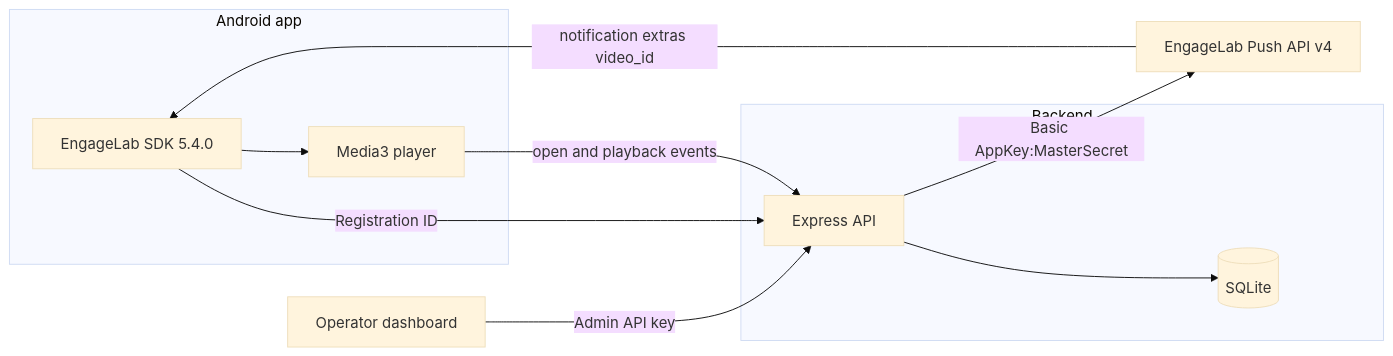
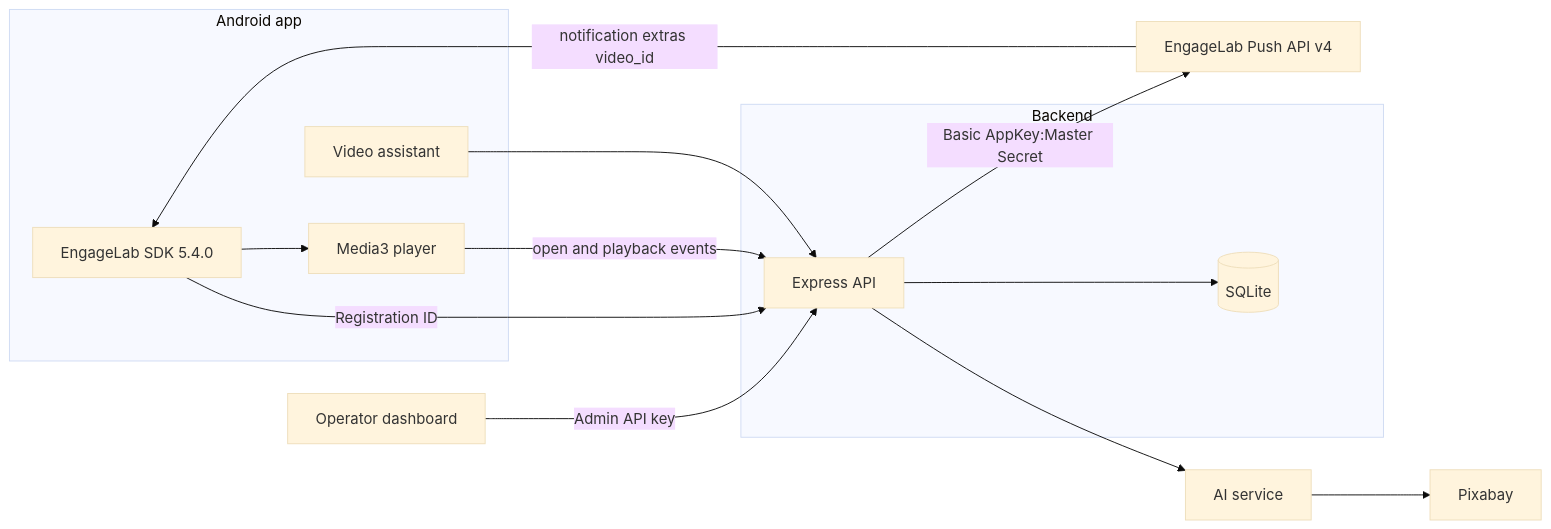
Before and after one commit to yoongkhoi/engagelab-experiment-video-recommendation-app: the diagram in README.md, drawn with Mermaid (base theme). The commit also changed other lines of this file and 62 other files, not shown here.

````diff
--- a/README.md
+++ b/README.md
@@ -7,21 +7,27 @@
 ```mermaid
 flowchart LR
   subgraph phone [Android app]
     SDK[EngageLab SDK 5.4.0]
     Player[Media3 player]
+    Assistant[Video assistant]
   end
   subgraph server [Backend]
     API[Express API]
     DB[(SQLite)]
   end
+  AI[AI service]
+  Pixabay[Pixabay]
   Dash[Operator dashboard]
   EL[EngageLab Push API v4]
 
   SDK -->|Registration ID| API
+  Assistant --> API
+  API --> AI
+  AI --> Pixabay
   API --> DB
   Dash -->|Admin API key| API
-  API -->|Basic AppKey:MasterSecret| EL
+  API -->|Basic AppKey:Master Secret| EL
   EL -->|notification extras video_id| SDK
   SDK --> Player
   Player -->|open and playback events| API
 ```
````
